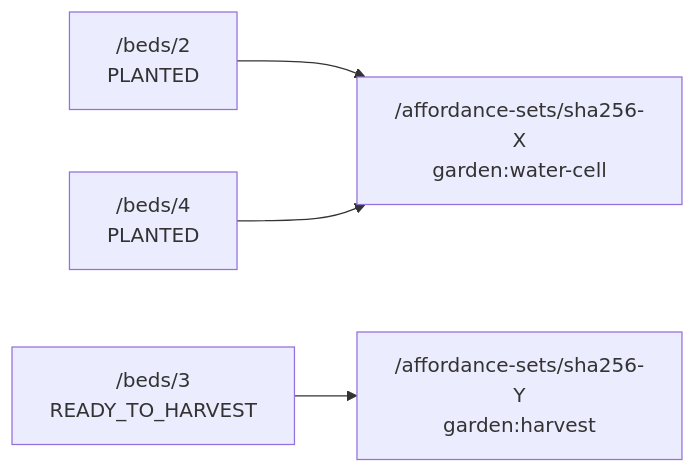
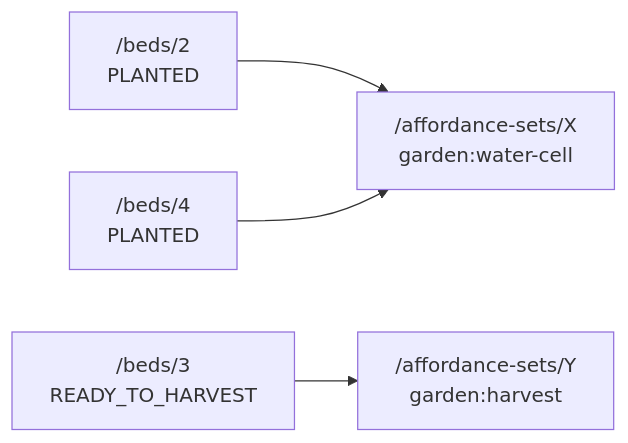
Before and after one commit to JogoShugh/heart-rise-artie: the third of 12 diagrams in heart/ARCHITECTURE.md, drawn with Mermaid. The commit also changed other lines of this file and 16 other files, not shown here.

````diff
--- a/heart/ARCHITECTURE.md
+++ b/heart/ARCHITECTURE.md
@@ -116,6 +116,6 @@
 ```mermaid
 flowchart LR
-  B1["/beds/2<br/>PLANTED"] --> S["/affordance-sets/sha256-X<br/>garden:water-cell"]
+  B1["/beds/2<br/>PLANTED"] --> S["/affordance-sets/X<br/>garden:water-cell"]
   B4["/beds/4<br/>PLANTED"] --> S
-  B3["/beds/3<br/>READY_TO_HARVEST"] --> T["/affordance-sets/sha256-Y<br/>garden:harvest"]
+  B3["/beds/3<br/>READY_TO_HARVEST"] --> T["/affordance-sets/Y<br/>garden:harvest"]
 ```
````
